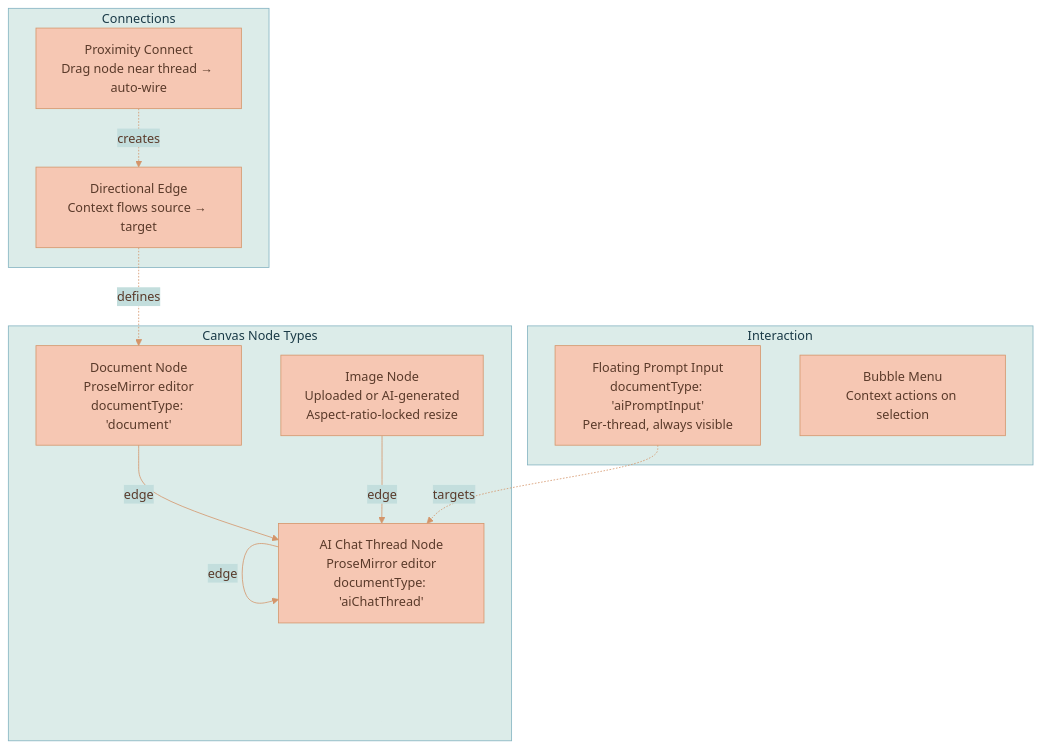
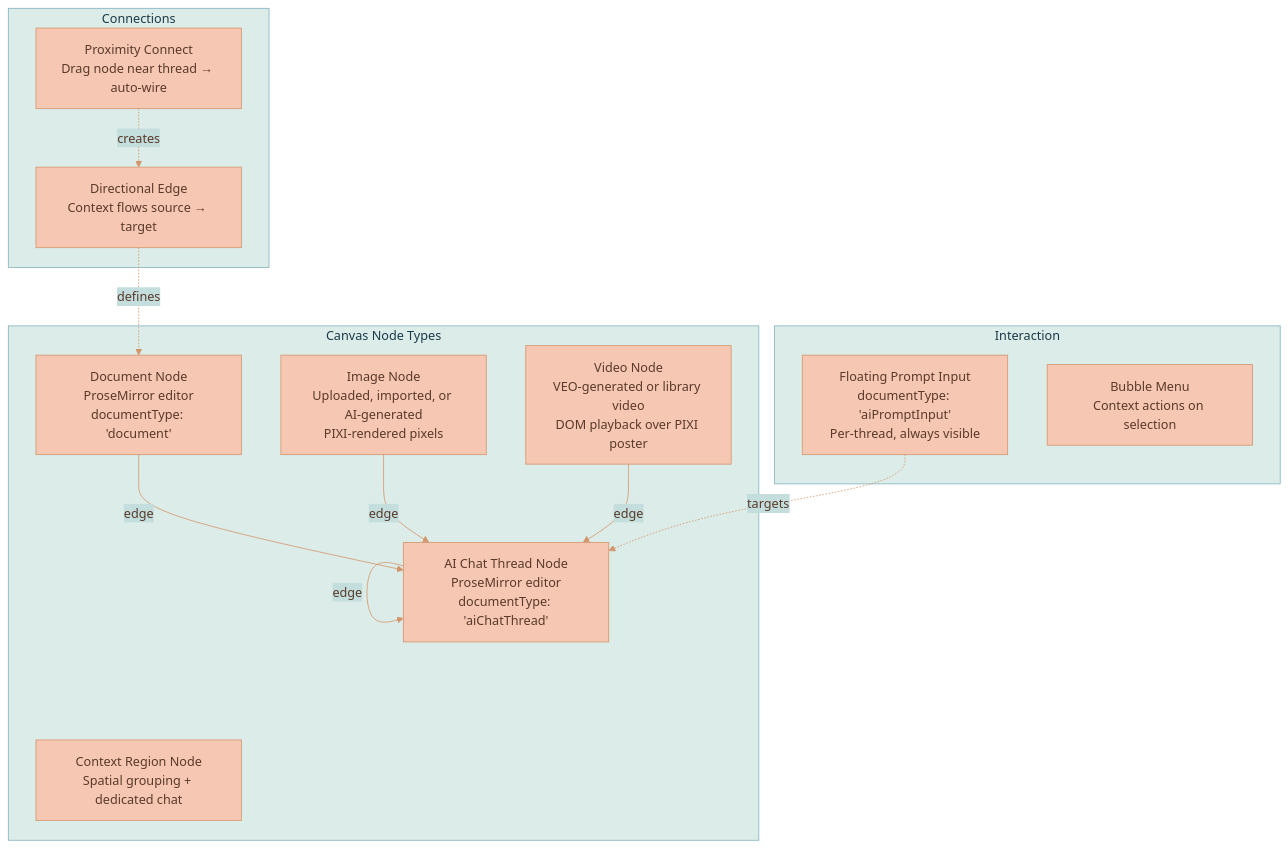
Before and after one commit to Lixpi/lixpi: the first of 7 diagrams in documentation/PRODUCT-OVERVIEW.md, drawn with Mermaid. The commit also changed other lines of this file and 13 other files, not shown here.

````diff
--- a/documentation/PRODUCT-OVERVIEW.md
+++ b/documentation/PRODUCT-OVERVIEW.md
@@ -23,26 +23,29 @@
 ```mermaid
 %%{init: {'theme': 'base', 'themeVariables': { 'primaryColor': '#F6C7B3', 'primaryTextColor': '#5a3a2a', 'primaryBorderColor': '#d4956a', 'secondaryColor': '#C3DEDD', 'secondaryTextColor': '#1a3a47', 'secondaryBorderColor': '#4a8a9d', 'tertiaryColor': '#DCECE9', 'tertiaryTextColor': '#1a3a47', 'tertiaryBorderColor': '#82B2C0', 'lineColor': '#d4956a', 'textColor': '#5a3a2a'}}}%%
 graph TB
     subgraph "Canvas Node Types"
         Doc[Document Node<br/>ProseMirror editor<br/>documentType: 'document']
-        Img[Image Node<br/>Uploaded or AI-generated<br/>Aspect-ratio-locked resize]
+        Img[Image Node<br/>Uploaded, imported, or AI-generated<br/>PIXI-rendered pixels]
+        Vid[Video Node<br/>VEO-generated or library video<br/>DOM playback over PIXI poster]
         Thread[AI Chat Thread Node<br/>ProseMirror editor<br/>documentType: 'aiChatThread']
+        Region[Context Region Node<br/>Spatial grouping + dedicated chat]
     end
 
     subgraph "Connections"
         Edge[Directional Edge<br/>Context flows source → target]
         Prox[Proximity Connect<br/>Drag node near thread → auto-wire]
     end
 
     subgraph "Interaction"
         Float[Floating Prompt Input<br/>documentType: 'aiPromptInput'<br/>Per-thread, always visible]
         Bubble[Bubble Menu<br/>Context actions on selection]
     end
 
     Doc -->|edge| Thread
     Img -->|edge| Thread
+    Vid -->|edge| Thread
     Thread -->|edge| Thread
     Edge -.->|defines| Doc
     Prox -.->|creates| Edge
     Float -.->|targets| Thread
 ```
````
